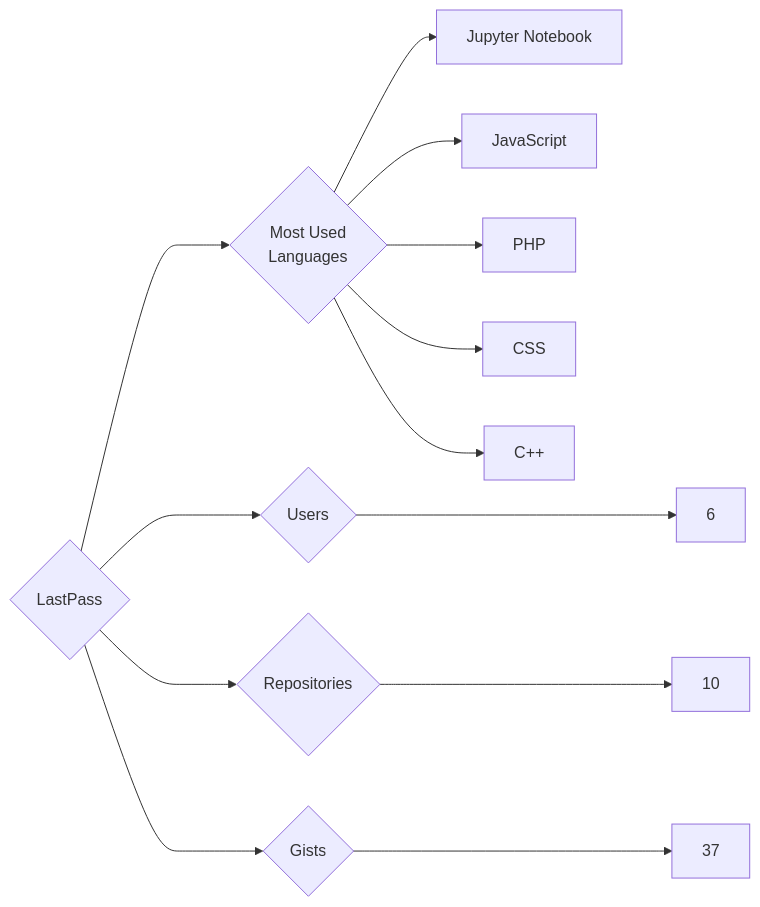
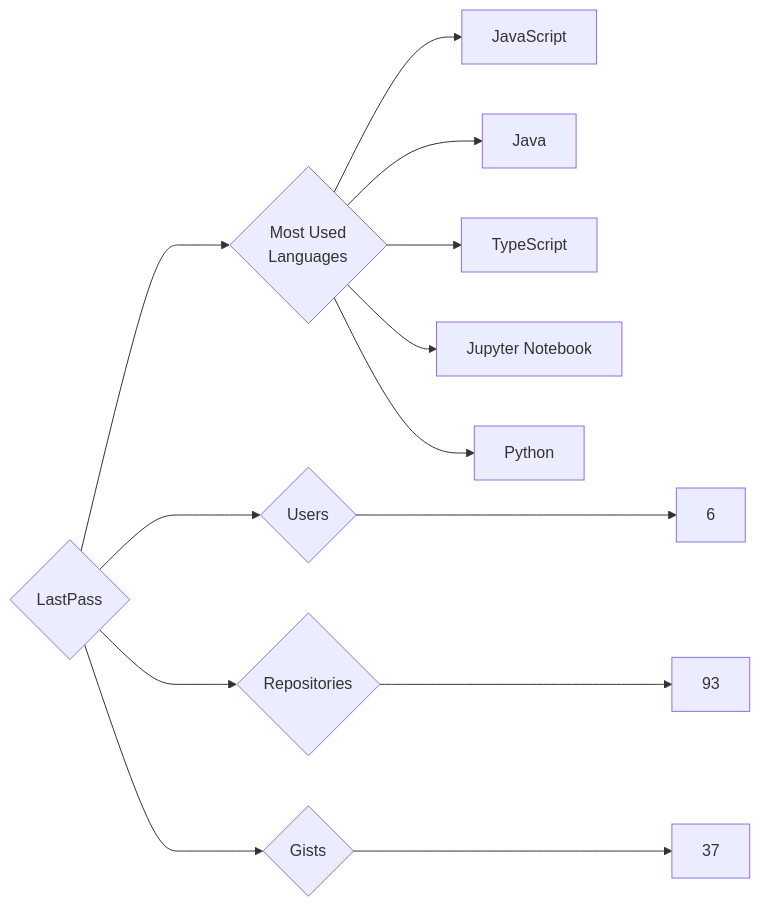
The diagram in targets/LastPass/README.md (trickest/insiders), drawn with Mermaid before and after one commit. The commit also changed 924 other files, not shown here.

````diff
--- a/targets/LastPass/README.md
+++ b/targets/LastPass/README.md
@@ -3,13 +3,13 @@
 ```mermaid
 graph LR
 COMPANY_NAME{LastPass}
 COMPANY_NAME ---> U{Users} ---> UN[6]
-COMPANY_NAME ---> R{Repositories} ---> RN[10]
+COMPANY_NAME ---> R{Repositories} ---> RN[93]
 COMPANY_NAME ---> G{Gists} ---> GN[37]
 COMPANY_NAME ---> ML{Most Used<br>Languages}
+ML --> JavaScript[JavaScript]
+ML --> Java[Java]
+ML --> TypeScript[TypeScript]
 ML --> Jupyter_Notebook[Jupyter Notebook]
-ML --> JavaScript[JavaScript]
-ML --> PHP[PHP]
-ML --> CSS[CSS]
-ML --> C++[C++]
+ML --> Python[Python]
 ```
````
